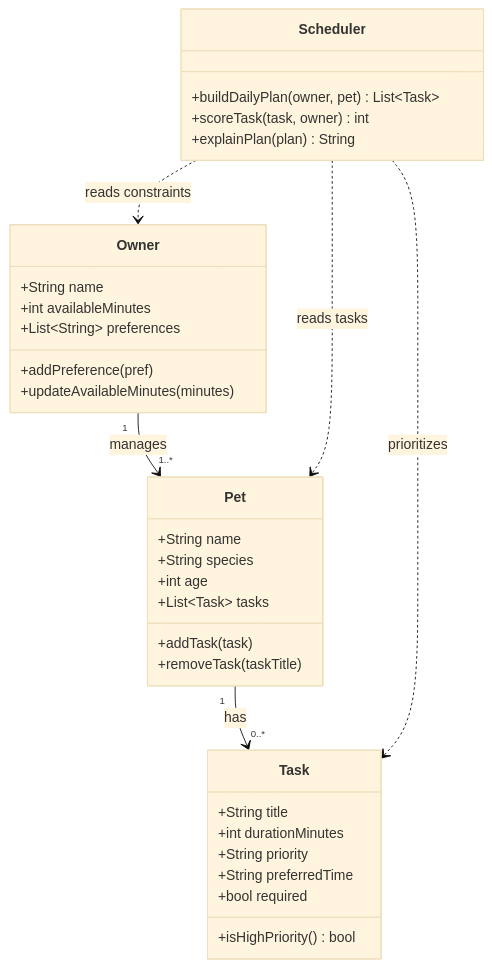
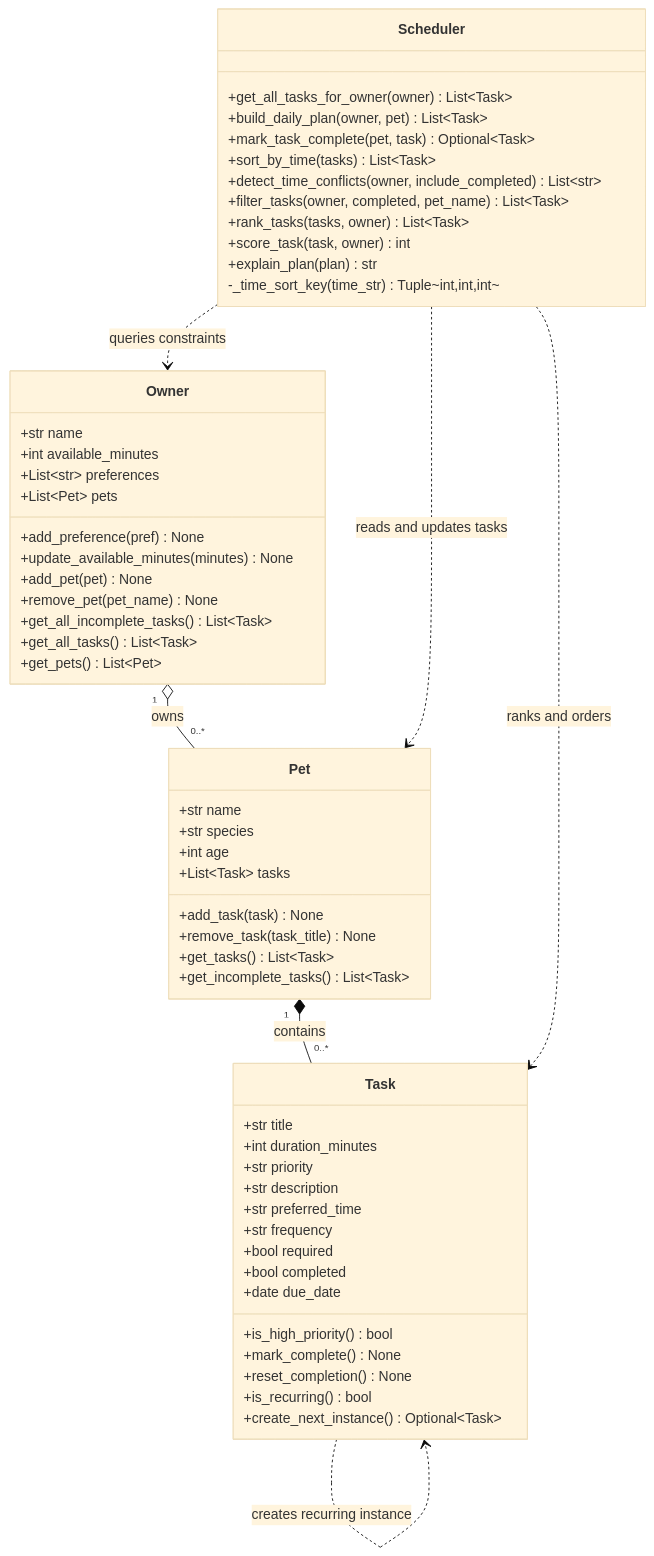
One commit to benkhant/pawpal changed the diagram in reflection.md. Above: the diagram before and after it, drawn with Mermaid (base theme). The commit also changed other lines of this file and 5 other files, not shown here.

Commit message:
Phase 3 UI polish, final UML, README manual, reflection completion

````diff
--- a/reflection.md
+++ b/reflection.md
@@ -18,40 +18,64 @@
 ```mermaid
 classDiagram
-	class Owner {
-		+String name
-		+int availableMinutes
-		+List~String~ preferences
-		+addPreference(pref)
-		+updateAvailableMinutes(minutes)
+	class Task {
+		+str title
+		+int duration_minutes
+		+str priority
+		+str description
+		+str preferred_time
+		+str frequency
+		+bool required
+		+bool completed
+		+date due_date
+		+is_high_priority() bool
+		+mark_complete() None
+		+reset_completion() None
+		+is_recurring() bool
+		+create_next_instance() Optional~Task~
 	}
 
 	class Pet {
-		+String name
-		+String species
+		+str name
+		+str species
 		+int age
 		+List~Task~ tasks
-		+addTask(task)
-		+removeTask(taskTitle)
+		+add_task(task) None
+		+remove_task(task_title) None
+		+get_tasks() List~Task~
+		+get_incomplete_tasks() List~Task~
 	}
 
-	class Task {
-		+String title
-		+int durationMinutes
-		+String priority
-		+String preferredTime
-		+bool required
-		+isHighPriority() bool
+	class Owner {
+		+str name
+		+int available_minutes
+		+List~str~ preferences
+		+List~Pet~ pets
+		+add_preference(pref) None
+		+update_available_minutes(minutes) None
+		+add_pet(pet) None
+		+remove_pet(pet_name) None
+		+get_all_incomplete_tasks() List~Task~
+		+get_all_tasks() List~Task~
+		+get_pets() List~Pet~
 	}
 
 	class Scheduler {
-		+buildDailyPlan(owner, pet) List~Task~
-		+scoreTask(task, owner) int
-		+explainPlan(plan) String
+		+get_all_tasks_for_owner(owner) List~Task~
+		+build_daily_plan(owner, pet) List~Task~
+		+mark_task_complete(pet, task) Optional~Task~
+		+sort_by_time(tasks) List~Task~
+		+detect_time_conflicts(owner, include_completed) List~str~
+		+filter_tasks(owner, completed, pet_name) List~Task~
+		+rank_tasks(tasks, owner) List~Task~
+		+score_task(task, owner) int
+		+explain_plan(plan) str
+		-_time_sort_key(time_str) Tuple~int,int,int~
 	}
 
-	Owner "1" --> "1..*" Pet : manages
-	Pet "1" --> "0..*" Task : has
-	Scheduler ..> Owner : reads constraints
-	Scheduler ..> Pet : reads tasks
-	Scheduler ..> Task : prioritizes
+	Owner "1" o-- "0..*" Pet : owns
+	Pet "1" *-- "0..*" Task : contains
+	Scheduler ..> Owner : queries constraints
+	Scheduler ..> Pet : reads and updates tasks
+	Scheduler ..> Task : ranks and orders
+	Task ..> Task : creates recurring instance
 ```
````
